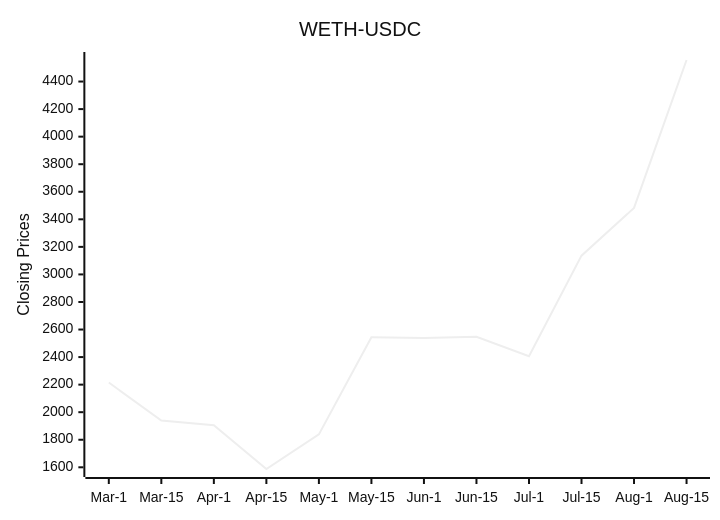
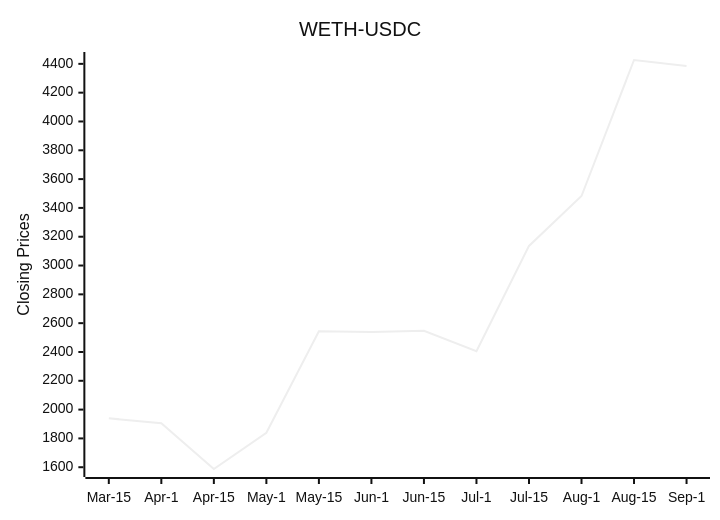
The diagram in README.md (bicced/ReadmeCryptoPriceChart), drawn with Mermaid (neutral theme) before and after one commit.

Commit message:
Update README with latest DEX data

````diff
--- a/README.md
+++ b/README.md
@@ -6,7 +6,7 @@
 ```mermaid
 xychart-beta
   title "WETH-USDC"
-  x-axis [Mar-1,Mar-15,Apr-1,Apr-15,May-1,May-15,Jun-1,Jun-15,Jul-1,Jul-15,Aug-1,Aug-15]
-  y-axis "Closing Prices" 1587.66 --> 4556.37313669095
-  line [2215.45,1939.29,1905.62,1587.66,1839.06,2544.38,2538.04,2547.02,2405.73,3136.3,3482.42836863059,4556.37313669095]
+  x-axis [Mar-15,Apr-1,Apr-15,May-1,May-15,Jun-1,Jun-15,Jul-1,Jul-15,Aug-1,Aug-15,Sep-1]
+  y-axis "Closing Prices" 1587.66 --> 4426.73412630884
+  line [1939.29,1905.62,1587.66,1839.06,2544.38,2538.04,2547.02,2405.73,3136.3,3482.42836863059,4426.73412630884,4385.61674641448]
 ```
````
